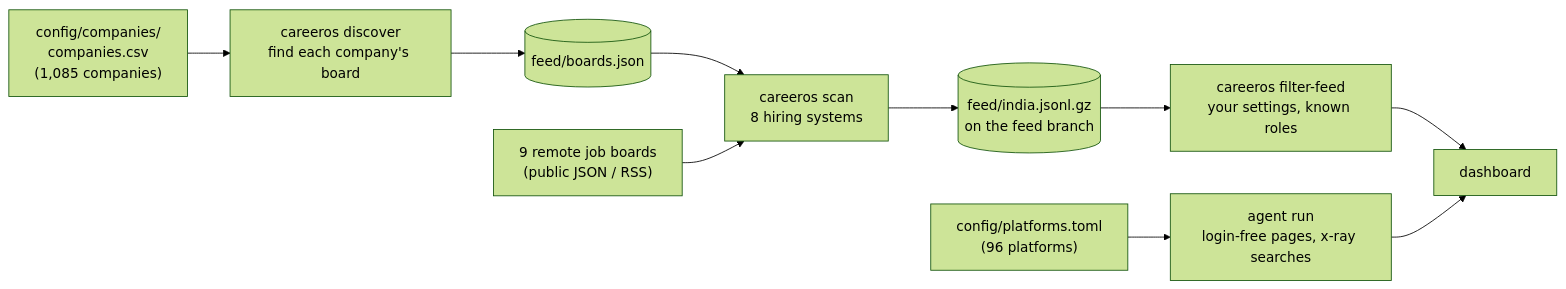
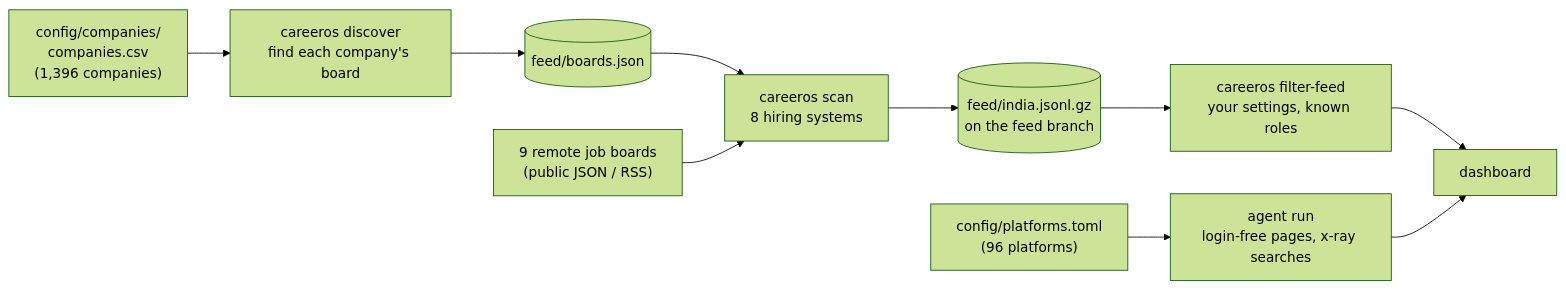
Before and after one commit to VishStack01/careeros: the diagram in docs/feed.md, drawn with Mermaid (forest theme). The commit also changed other lines of this file and 7 other files, not shown here.

First line of the commit message:
Add the moreThanFAANGM company list (483 companies, 312 new): 1,396 companies

````diff
--- a/docs/feed.md
+++ b/docs/feed.md
@@ -9,12 +9,12 @@
 ```mermaid
 flowchart LR
-  List["config/companies/<br/>companies.csv<br/>(1,085 companies)"] --> Discover["careeros discover<br/>find each company's board"]
+  List["config/companies/<br/>companies.csv<br/>(1,396 companies)"] --> Discover["careeros discover<br/>find each company's board"]
   Discover --> Boards[("feed/boards.json")]
   Boards --> Scan["careeros scan<br/>8 hiring systems"]
   Remote["9 remote job boards<br/>(public JSON / RSS)"] --> Scan
   Scan --> Feed[("feed/india.jsonl.gz<br/>on the feed branch")]
   Feed --> Filter["careeros filter-feed<br/>your settings, known roles"]
   Filter --> Dash["dashboard"]
   Platforms["config/platforms.toml<br/>(96 platforms)"] --> Agent["agent run<br/>login-free pages, x-ray searches"]
   Agent --> Dash
 ```
````
